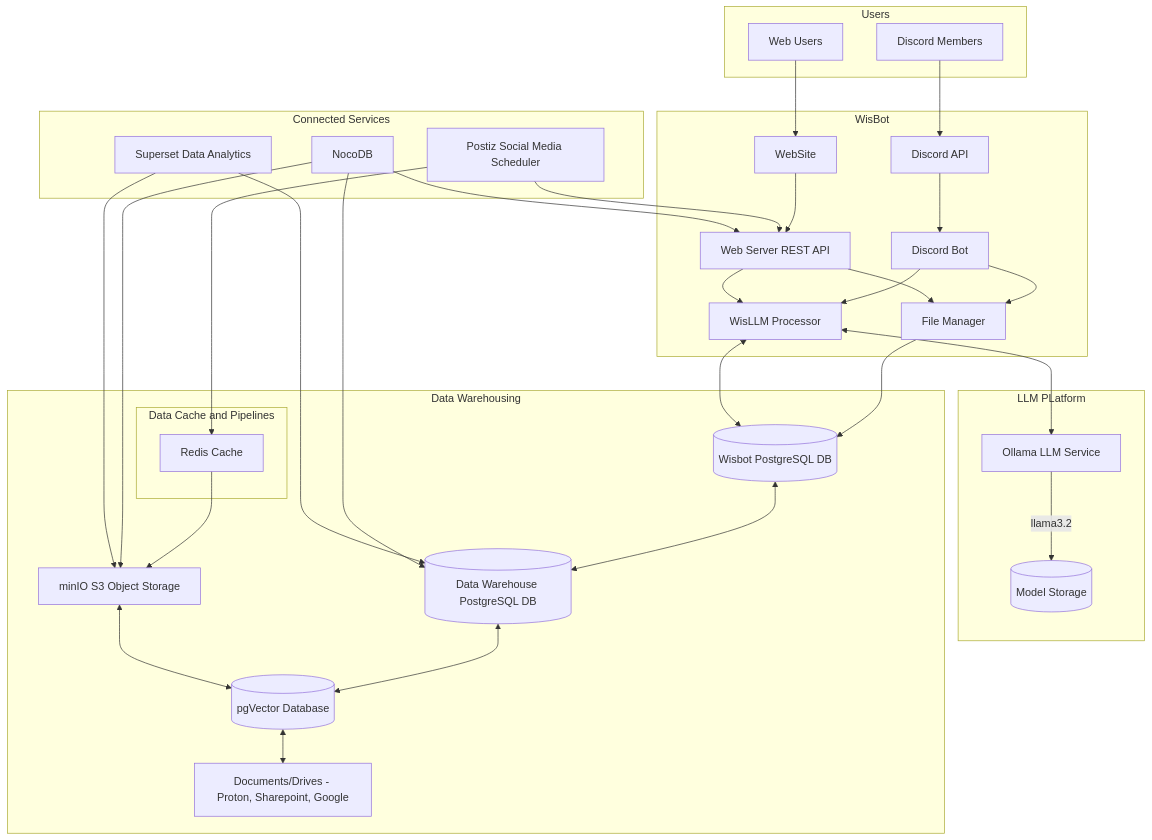
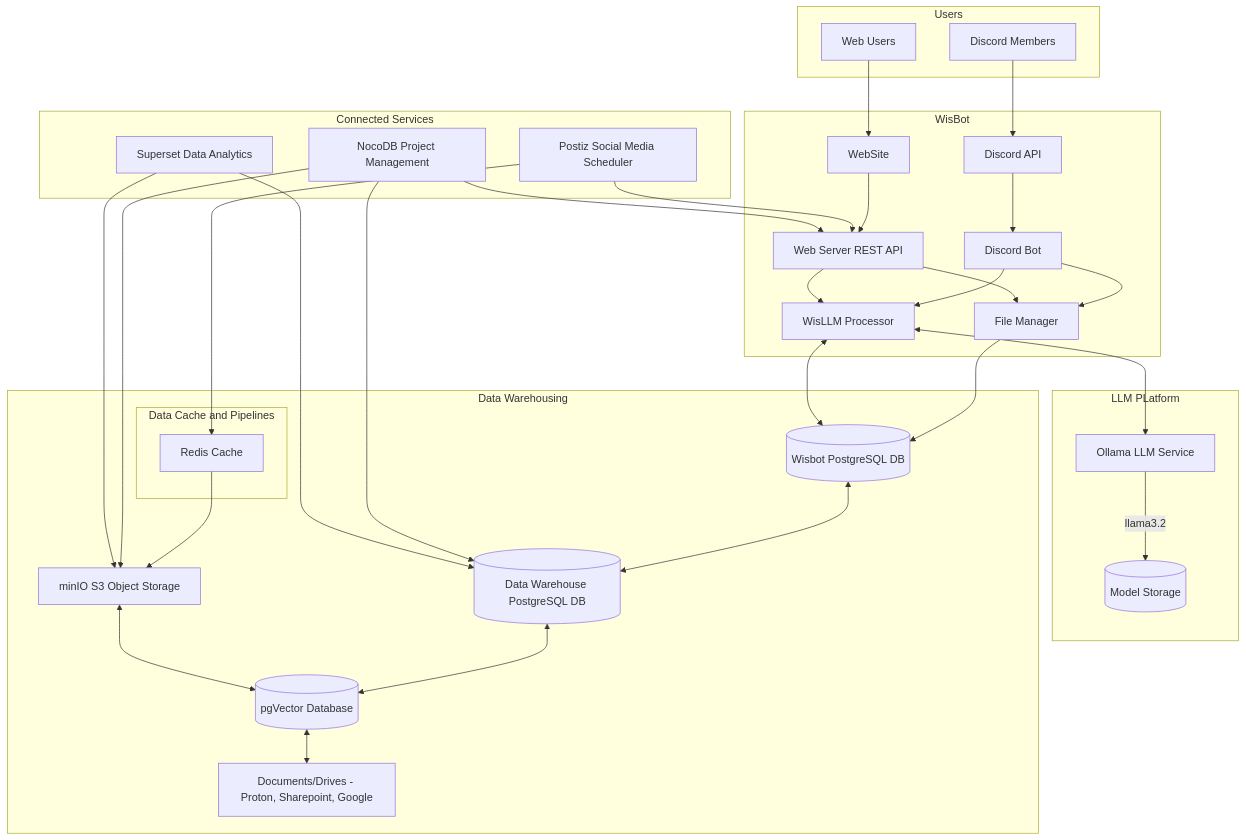
The diagram in README.md (uhstray-io/WisBot), drawn with Mermaid before and after one commit.

````diff
--- a/README.md
+++ b/README.md
@@ -73,57 +73,57 @@
 ```mermaid
 flowchart TD
 subgraph subgraph1["Users"]
     User["Discord Members"]
     WebUser["Web Users"]
 end
 subgraph subGraph5["Connected Services"]
-    NocoDB["NocoDB"]
+    NocoDB["NocoDB Project Management"]
     Postiz["Postiz Social Media Scheduler"]
     Superset["Superset Data Analytics"]
 end
 subgraph WisBot["WisBot"]
     Discord["Discord API"]
     WebSite["WebSite"]
     DiscordBot["Discord Bot"]
     FileManager["File Manager"]
     WisLLM["WisLLM Processor"]
     WebServerAPI["Web Server REST API"]
 end
 subgraph subGraph3["LLM PLatform"]
     Models[("Model Storage")]
     Ollama["Ollama LLM Service"]
 end
 subgraph DataBases["Data Warehousing"]
     subgraph subGraph4["Data Cache and Pipelines"]
         Redis["Redis Cache"]
     end
         DataWarehouse[("Data Warehouse PostgreSQL DB")]
         WisbotDB[("Wisbot PostgreSQL DB")]
         bizS3["minIO S3 Object Storage"]
         Drives["Documents/Drives - Proton, Sharepoint, Google"]
         VectorDB[("pgVector Database")]
 end
 
 
 
 
 
     Ollama -- "llama3.2" --> Models
     User --> Discord
     WebUser --> WebSite
     WebSite --> WebServerAPI
     Discord --> DiscordBot
     DiscordBot --> WisLLM & FileManager
     WebServerAPI --> WisLLM & FileManager
     FileManager --> WisbotDB
     WisbotDB <--> DataWarehouse
     DataWarehouse <--> VectorDB
     VectorDB <--> Drives
     WisLLM <--> WisbotDB
     bizS3 <--> VectorDB
     Postiz --> WebServerAPI
     WisLLM <--> Ollama
     Postiz --> Redis --> bizS3
     NocoDB --> bizS3 & DataWarehouse & WebServerAPI
     Superset --> DataWarehouse & bizS3
 ```
````
